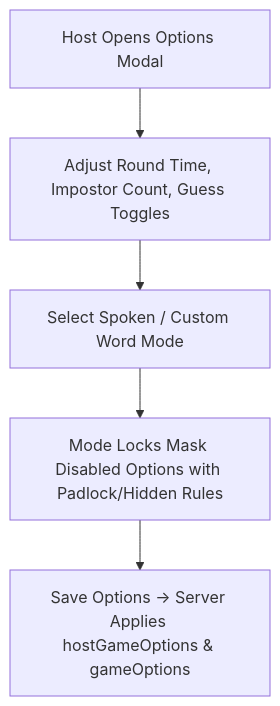
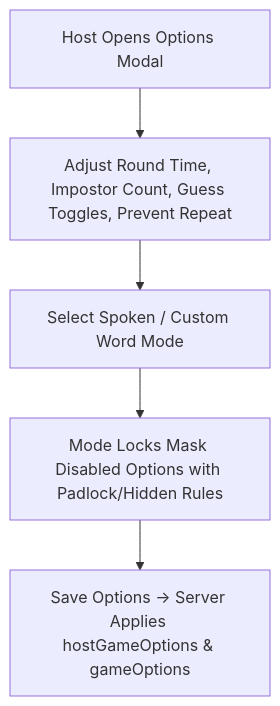
Before and after one commit to JAM-Productions/inkpostor-frontend: diagram 24 of 34 in docs/E2E_FLOWS.md, drawn with Mermaid. The commit also changed other lines of this file and 12 other files, not shown here.

````diff
--- a/docs/E2E_FLOWS.md
+++ b/docs/E2E_FLOWS.md
@@ -318,7 +318,7 @@
 ```mermaid
 flowchart TD
-    OpenModal["Host Opens Options Modal"] --> Modify["Adjust Round Time, Impostor Count, Guess Toggles"]
+    OpenModal["Host Opens Options Modal"] --> Modify["Adjust Round Time, Impostor Count, Guess Toggles, Prevent Repeat"]
     Modify --> SelectMode["Select Spoken / Custom Word Mode"]
     SelectMode --> LockRules["Mode Locks Mask Disabled Options with Padlock/Hidden Rules"]
     LockRules --> Save["Save Options -> Server Applies hostGameOptions & gameOptions"]
 ```
````
